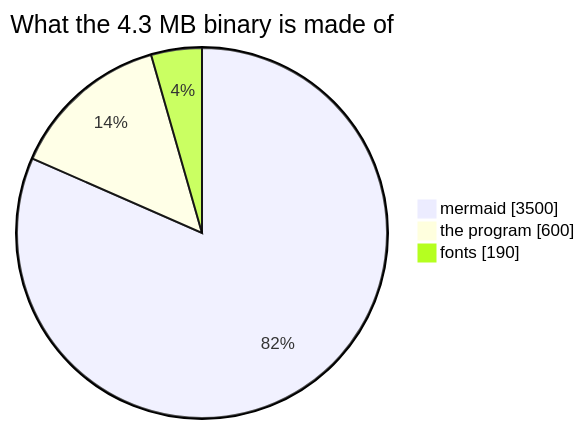
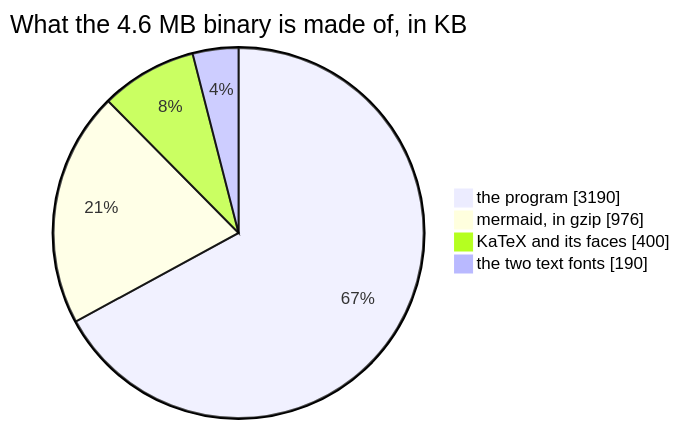
One commit to marcos-venicius/mark changed the sixth of 7 diagrams in examples/diagrams.md. Above: the diagram before and after it, drawn with Mermaid. The commit also changed 33 other files, not shown here.

````diff
--- a/examples/diagrams.md
+++ b/examples/diagrams.md
@@ -86,7 +86,8 @@
 ```mermaid
 pie showData
-  title What the 4.3 MB binary is made of
-  "mermaid" : 3500
-  "the program" : 600
-  "fonts" : 190
+  title What the 4.6 MB binary is made of, in KB
+  "the program" : 3190
+  "mermaid, in gzip" : 976
+  "KaTeX and its faces" : 400
+  "the two text fonts" : 190
 ```
````
